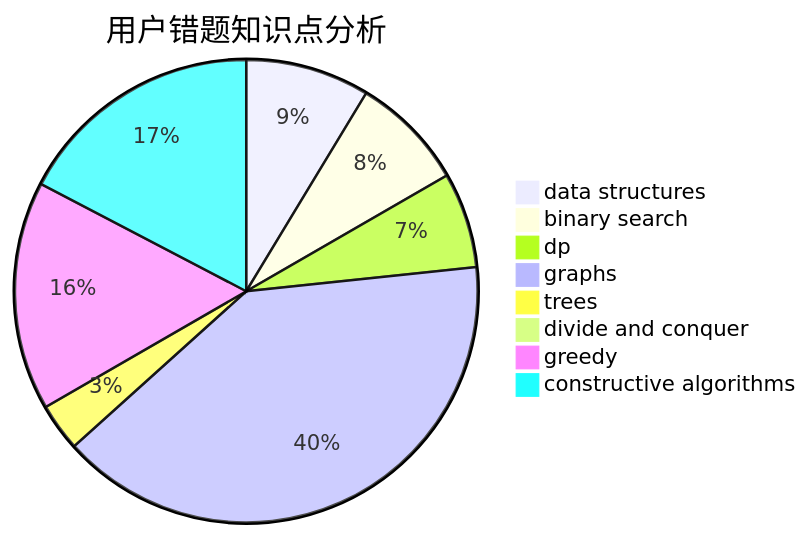
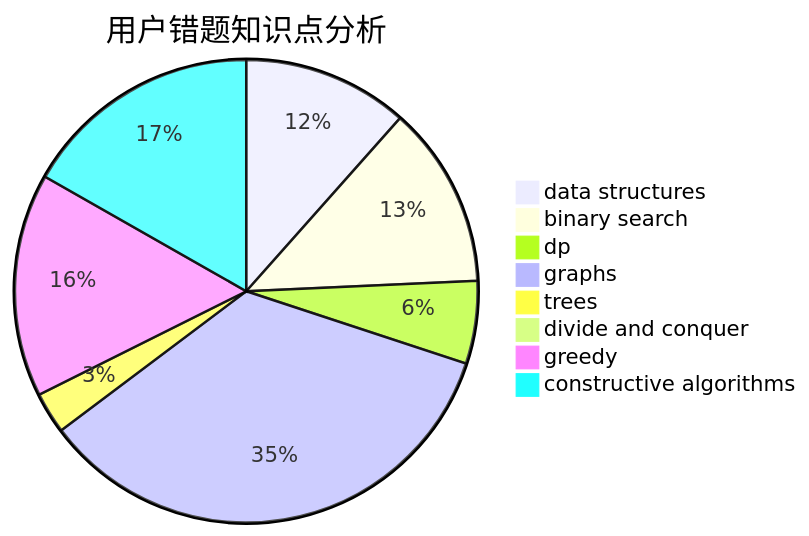
One commit to sherpahu/cfrs.github.io changed the third of 3 diagrams in docs/user/u736.md. Above: the diagram before and after it, drawn with Mermaid. The commit also changed other lines of this file and 2770 other files, not shown here.

````diff
--- a/docs/user/u736.md
+++ b/docs/user/u736.md
@@ -36,11 +36,11 @@
 ```mermaid
 pie title 用户错题知识点分析
-    "data structures" :  13
-    "binary search" :  12
+    "data structures" :  20
+    "binary search" :  22
     "dp" :  10
     "graphs" :  60
     "trees" :  5
     "divide and conquer" :  0
-    "greedy" :  24
-    "constructive algorithms" :  26
+    "greedy" :  27
+    "constructive algorithms" :  29
 ```
````
